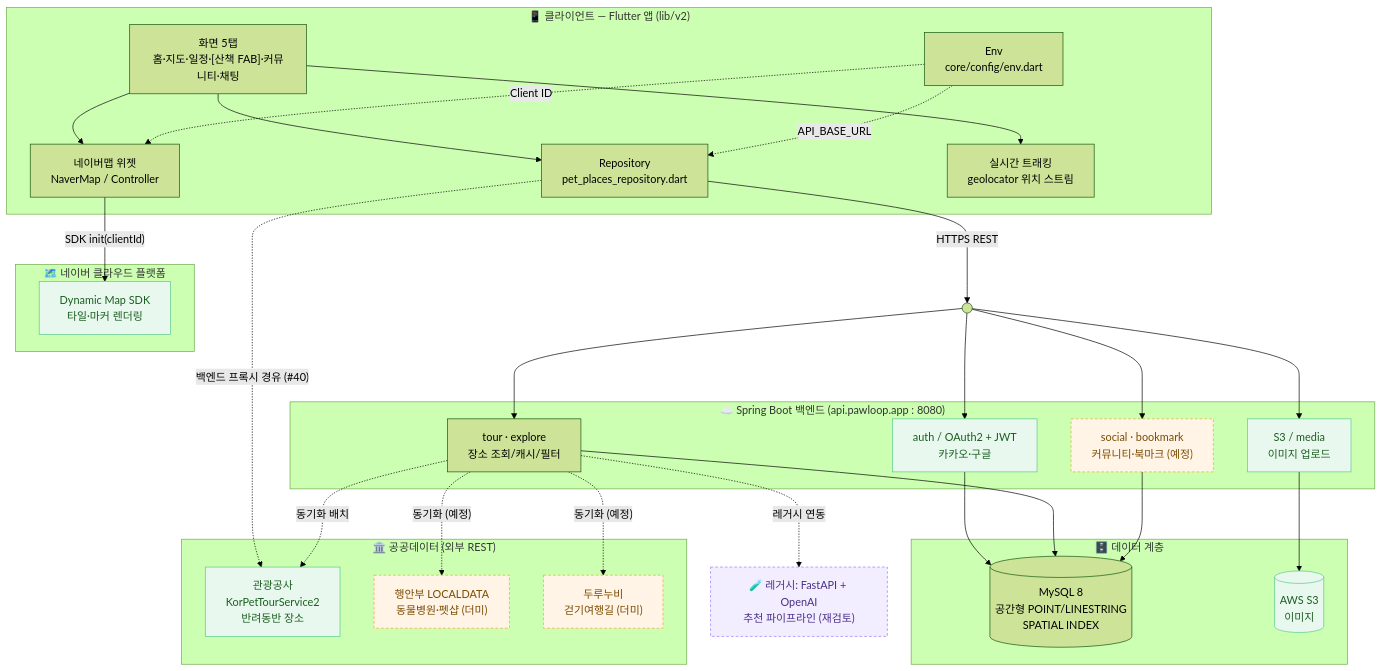
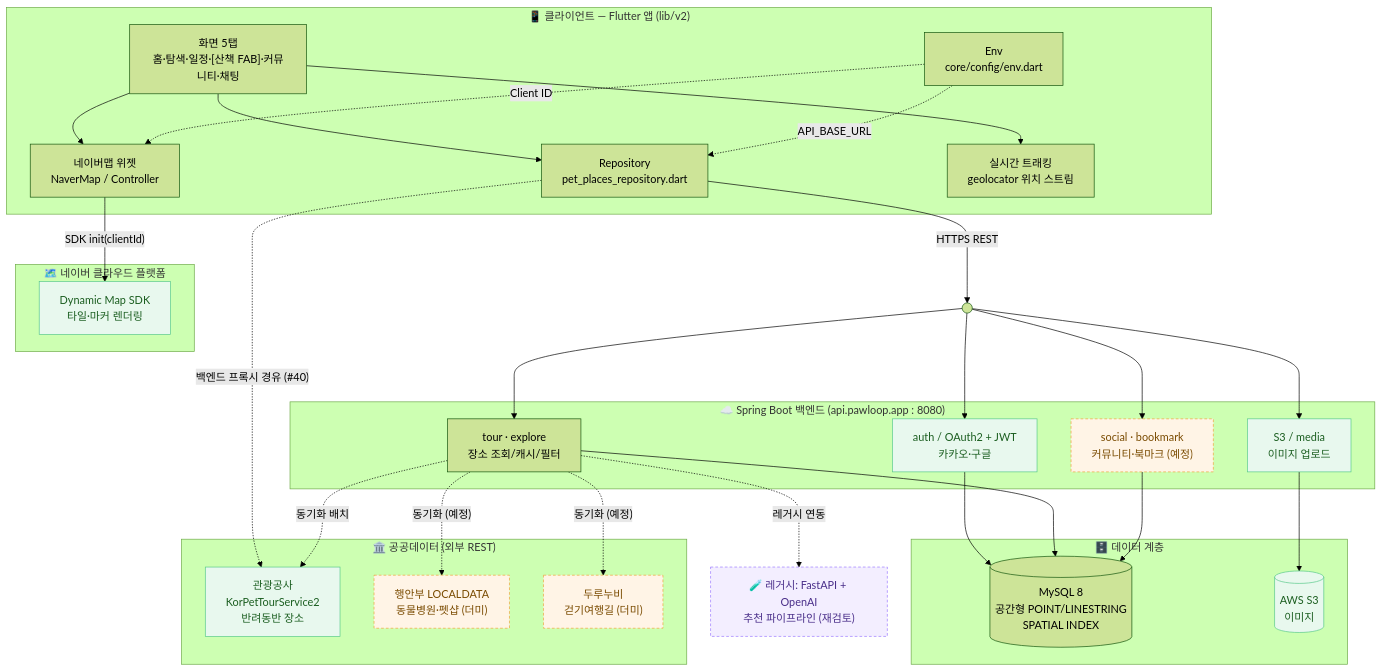
The first of 5 diagrams in docs/02-architecture/system-overview.md (sanghyunbang/pawloop), drawn with Mermaid (forest theme) before and after one commit. The commit also changed other lines of this file and 2 other files, not shown here.

Commit message:
docs: 둘째 탭 이름을 탐색으로 맞춘다 — main 백엔드 CI 빨간불 (#771) (#772)
e8745788 이 앱의 탭 라벨을 지도 → 탐색 으로 바꾸면서 그것을 나열하는 문서 셋을 안 고쳤다.
StructureDocDriftTest 둘이 빨간불이었다(#177 이 막으라고 둔 바로 그 자리).

지도 화면 자체를 뜻하는 '지도' 는 그대로 두고, 탭을 가리키는 자리만 고쳤다.

````diff
--- a/docs/02-architecture/system-overview.md
+++ b/docs/02-architecture/system-overview.md
@@ -27,66 +27,66 @@
 ```mermaid
 flowchart TB
     subgraph client["📱 클라이언트 — Flutter 앱 (lib/v2)"]
-        UI["화면 5탭<br/>홈·지도·일정·[산책 FAB]·커뮤니티·채팅"]
+        UI["화면 5탭<br/>홈·탐색·일정·[산책 FAB]·커뮤니티·채팅"]
         REPO["Repository<br/>pet_places_repository.dart"]
         MAP["네이버맵 위젯<br/>NaverMap / Controller"]
         GPS["실시간 트래킹<br/>geolocator 위치 스트림"]
         ENV["Env<br/>core/config/env.dart"]
     end
 
     subgraph naver["🗺️ 네이버 클라우드 플랫폼"]
         NSDK["Dynamic Map SDK<br/>타일·마커 렌더링"]
     end
 
     subgraph public["🏛️ 공공데이터 (외부 REST)"]
         KTO["관광공사<br/>KorPetTourService2<br/>반려동반 장소"]
         LOCAL["행안부 LOCALDATA<br/>동물병원·펫샵 (더미)"]
         DURU["두루누비<br/>걷기여행길 (더미)"]
     end
 
     subgraph backend["☁️ Spring Boot 백엔드 (api.pawloop.app : 8080)"]
         AUTH["auth / OAuth2 + JWT<br/>카카오·구글"]
         TOUR["tour · explore<br/>장소 조회/캐시/필터"]
         SOCIAL["social · bookmark<br/>커뮤니티·북마크 (예정)"]
         S3SVC["S3 / media<br/>이미지 업로드"]
     end
 
     subgraph data["🗄️ 데이터 계층"]
         MYSQL[("MySQL 8<br/>공간형 POINT/LINESTRING<br/>SPATIAL INDEX")]
         S3[("AWS S3<br/>이미지")]
     end
 
     LEGACY["🧪 레거시: FastAPI + OpenAI<br/>추천 파이프라인 (재검토)"]
 
     UI --> REPO
     UI --> MAP
     UI --> GPS
     REPO -->|"HTTPS REST"| BACKENDGW(( ))
     ENV -. "Client ID" .-> MAP
     ENV -. "API_BASE_URL" .-> REPO
 
     MAP -->|"SDK init(clientId)"| NSDK
     REPO -.->|"백엔드 프록시 경유 (#40)"| KTO
 
     BACKENDGW --> AUTH
     BACKENDGW --> TOUR
     BACKENDGW --> SOCIAL
     BACKENDGW --> S3SVC
 
     AUTH --> MYSQL
     TOUR --> MYSQL
     SOCIAL --> MYSQL
     S3SVC --> S3
 
     TOUR -.->|"동기화 배치"| KTO
     TOUR -.->|"동기화 (예정)"| LOCAL
     TOUR -.->|"동기화 (예정)"| DURU
     TOUR -.->|"레거시 연동"| LEGACY
 
     classDef done fill:#E8F8EE,stroke:#57C98A,color:#1b5e20;
     classDef dummy fill:#FFF4E6,stroke:#EFA13C,color:#7a4b00,stroke-dasharray:4 3;
     classDef legacy fill:#F3EEFF,stroke:#9B7BFF,color:#4a2f8a,stroke-dasharray:4 3;
     class NSDK,KTO,AUTH,S3SVC,S3 done;
     class LOCAL,DURU,SOCIAL dummy;
     class LEGACY legacy;
 ```
````
